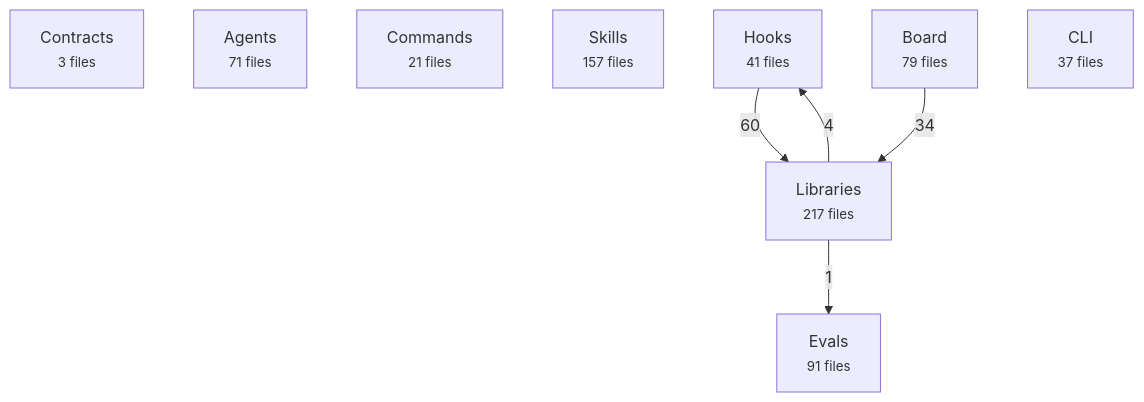
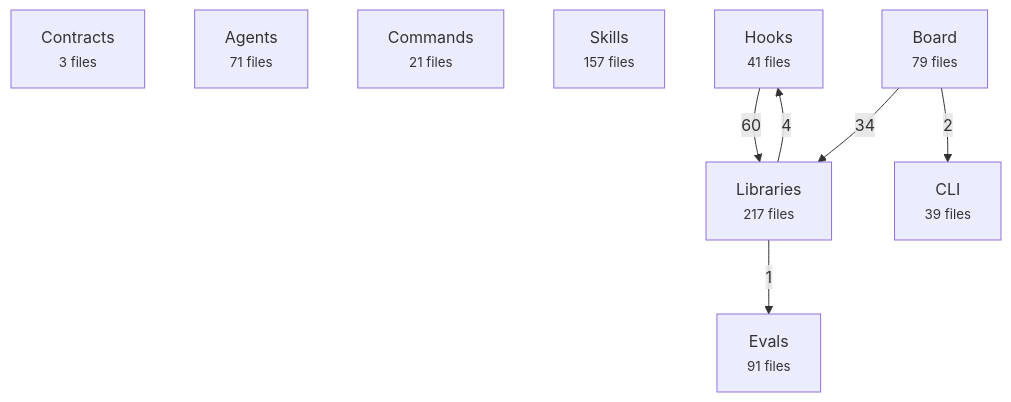
Before and after one commit to avelikiy/great_cto: the first of 2 diagrams in docs/reference/architecture-map.md, drawn with Mermaid. The commit also changed other lines of this file and 18 other files, not shown here.

````diff
--- a/docs/reference/architecture-map.md
+++ b/docs/reference/architecture-map.md
@@ -20,16 +20,17 @@
 ```mermaid
 flowchart TD
   contracts["Contracts<br/><small>3 files</small>"]
   agents["Agents<br/><small>71 files</small>"]
   commands["Commands<br/><small>21 files</small>"]
   skills["Skills<br/><small>157 files</small>"]
   hooks["Hooks<br/><small>41 files</small>"]
   libs["Libraries<br/><small>217 files</small>"]
   board["Board<br/><small>79 files</small>"]
-  cli["CLI<br/><small>37 files</small>"]
+  cli["CLI<br/><small>39 files</small>"]
   evals["Evals<br/><small>91 files</small>"]
   hooks -->|60| libs
   board -->|34| libs
   libs -->|4| hooks
+  board -->|2| cli
   libs -->|1| evals
 ```
````
